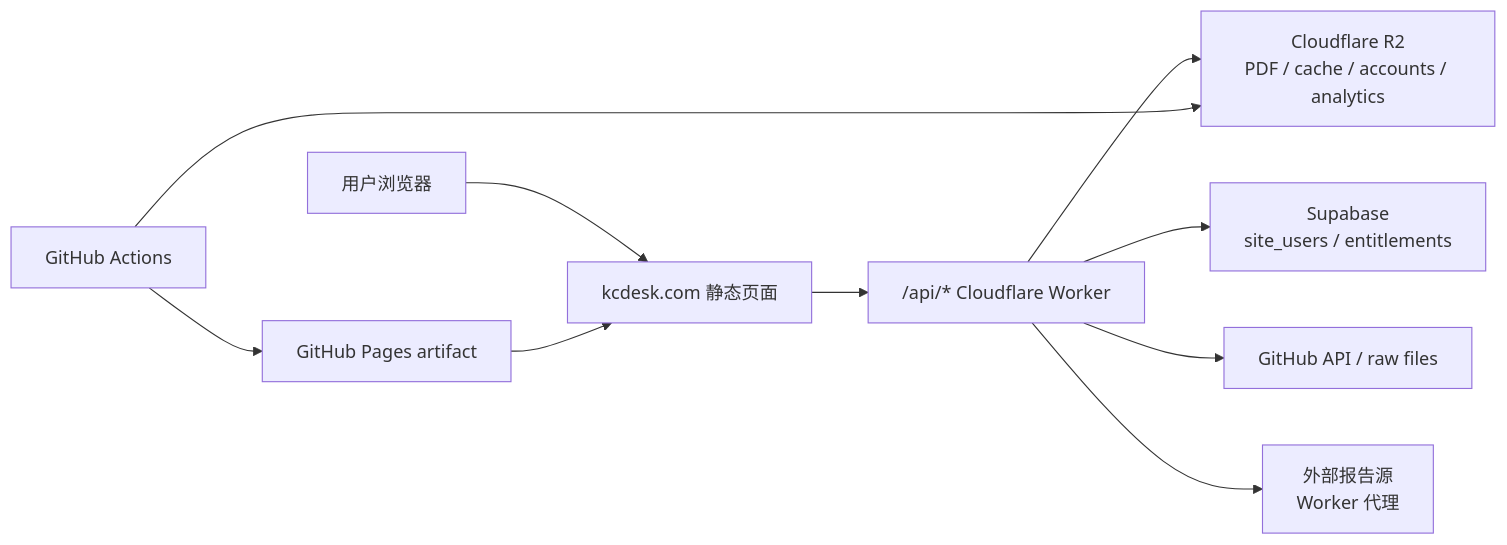
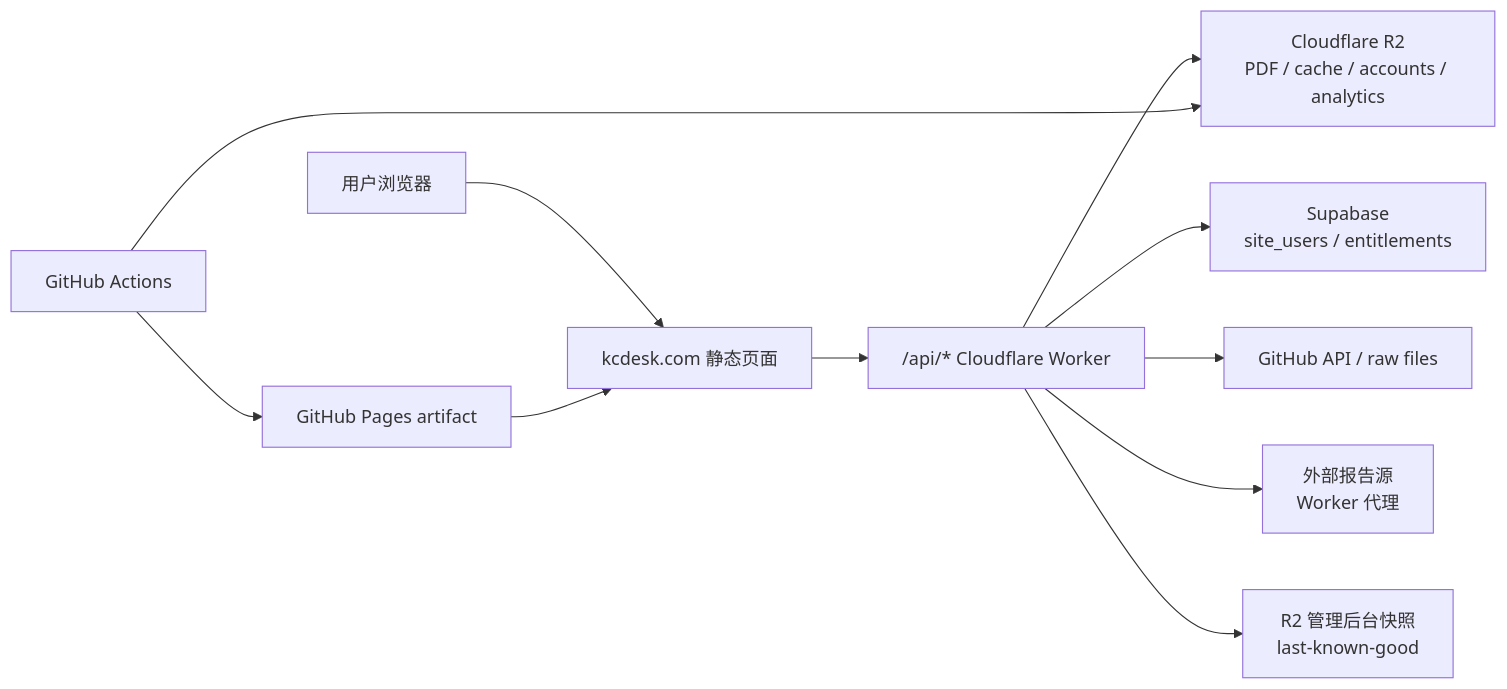
The diagram in docs/kcdesk-architecture.md (yt-feng/rpt_edit), drawn with Mermaid before and after one commit. The commit also changed other lines of this file, not shown here.

````diff
--- a/docs/kcdesk-architecture.md
+++ b/docs/kcdesk-architecture.md
@@ -16,12 +16,13 @@
 ```mermaid
 flowchart LR
   U["用户浏览器"] --> D["kcdesk.com 静态页面"]
   D --> API["/api/* Cloudflare Worker"]
   API --> R2["Cloudflare R2<br/>PDF / cache / accounts / analytics"]
   API --> SB["Supabase<br/>site_users / entitlements"]
   API --> GH["GitHub API / raw files"]
   API --> EXT["外部报告源<br/>Worker 代理"]
+  API --> SNAP["R2 管理后台快照<br/>last-known-good"]
   GHA["GitHub Actions"] --> PAGES["GitHub Pages artifact"]
   GHA --> R2
   PAGES --> D
 ```
````
